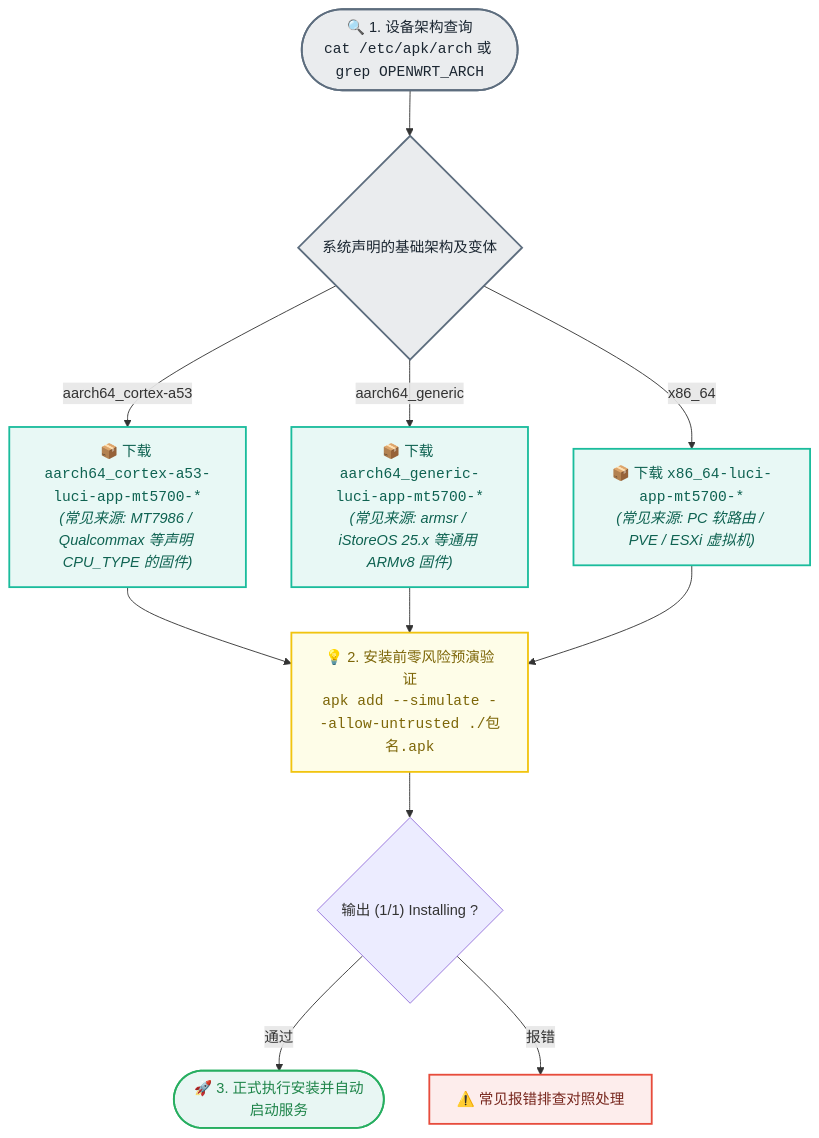
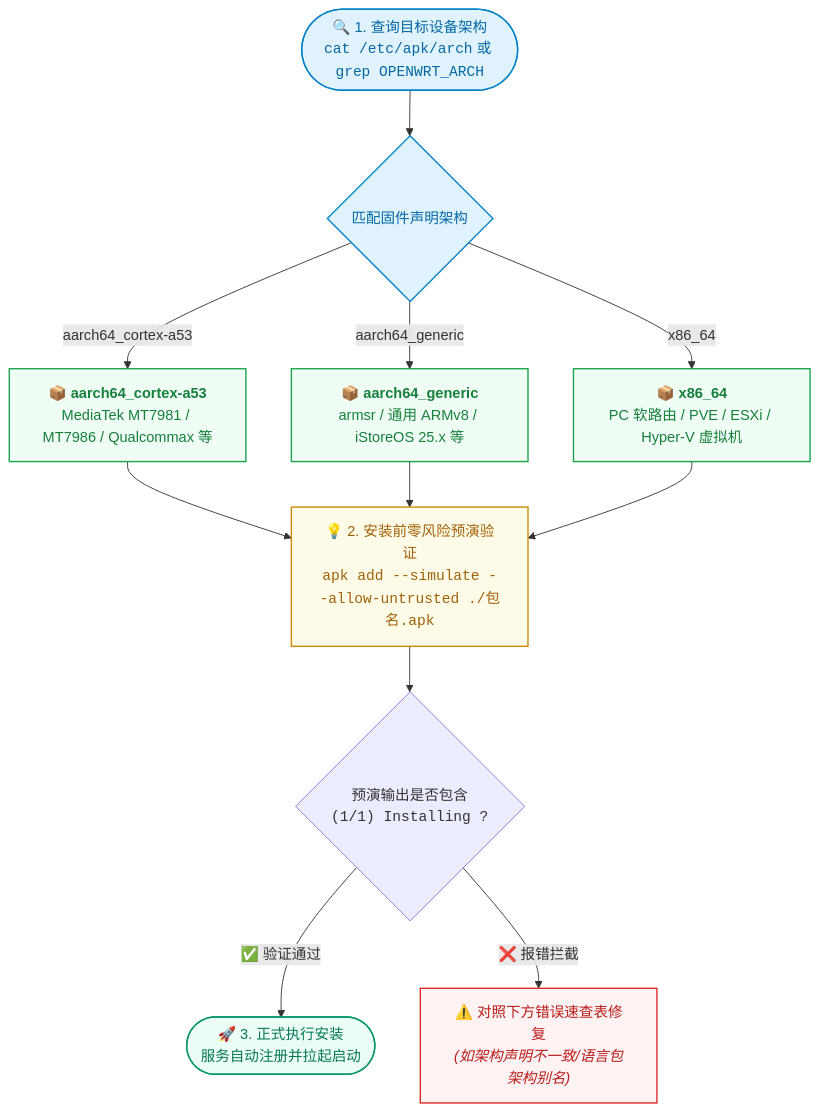
One commit to LianXia233/luci-app-mt5700 changed the first of 3 diagrams in README.md. Above: the diagram before and after it, drawn with Mermaid. The commit also changed other lines of this file, not shown here.

Commit message:
docs: 根据真实架构重绘系统拓扑图与全链路时序流程图

````diff
--- a/README.md
+++ b/README.md
@@ -163,28 +163,28 @@
 ```mermaid
 flowchart TD
-    Start(["🔍 1. 设备架构查询<br/><code>cat /etc/apk/arch</code> 或 <code>grep OPENWRT_ARCH</code>"]) --> Check{"系统声明的基础架构及变体"}
+    Start(["🔍 1. 查询目标设备架构<br/><code>cat /etc/apk/arch</code> 或 <code>grep OPENWRT_ARCH</code>"]) --> Check{"匹配固件声明架构"}
 
-    Check -->|"aarch64_cortex-a53"| A53["📦 下载 <code>aarch64_cortex-a53-luci-app-mt5700-*</code><br/><i>(常见来源: MT7986 / Qualcommax 等声明 CPU_TYPE 的固件)</i>"]
-    Check -->|"aarch64_generic"| Generic["📦 下载 <code>aarch64_generic-luci-app-mt5700-*</code><br/><i>(常见来源: armsr / iStoreOS 25.x 等通用 ARMv8 固件)</i>"]
-    Check -->|"x86_64"| X86["📦 下载 <code>x86_64-luci-app-mt5700-*</code><br/><i>(常见来源: PC 软路由 / PVE / ESXi 虚拟机)</i>"]
+    Check -->|"aarch64_cortex-a53"| A53["📦 <b>aarch64_cortex-a53</b><br/>MediaTek MT7981 / MT7986 / Qualcommax 等"]
+    Check -->|"aarch64_generic"| Generic["📦 <b>aarch64_generic</b><br/>armsr / 通用 ARMv8 / iStoreOS 25.x 等"]
+    Check -->|"x86_64"| X86["📦 <b>x86_64</b><br/>PC 软路由 / PVE / ESXi / Hyper-V 虚拟机"]
 
     A53 --> PreCheck["💡 2. 安装前零风险预演验证<br/><code>apk add --simulate --allow-untrusted ./包名.apk</code>"]
     Generic --> PreCheck
     X86 --> PreCheck
 
-    PreCheck --> Pass{"输出 (1/1) Installing ?"}
-    Pass -->|通过| Install(["🚀 3. 正式执行安装并自动启动服务"])
-    Pass -->|报错| ErrorFix["⚠️ 常见报错排查对照处理"]
+    PreCheck --> Pass{"预演输出是否包含<br/><code>(1/1) Installing ?</code>"}
+    Pass -->|"✅ 验证通过"| Install(["🚀 3. 正式执行安装<br/>服务自动注册并拉起启动"])
+    Pass -->|"❌ 报错拦截"| ErrorFix["⚠️ 对照下方错误速查表修复<br/><i>(如架构声明不一致/语言包架构别名)</i>"]
 
-    classDef check fill:#EAECEE,stroke:#5D6D7E,stroke-width:2px,color:#1B2631;
-    classDef pack fill:#E8F8F5,stroke:#1ABC9C,stroke-width:2px,color:#0E6251;
-    classDef pre fill:#FEFDE8,stroke:#F1C40F,stroke-width:2px,color:#7D6608;
-    classDef ok fill:#E8F6F3,stroke:#27AE60,stroke-width:2px,color:#1E8449;
-    classDef err fill:#FDEDEC,stroke:#E74C3C,stroke-width:2px,color:#78281F;
+    classDef check fill:#e0f2fe,stroke:#0284c7,stroke-width:1.5px,color:#0369a1;
+    classDef pack fill:#f0fdf4,stroke:#16a34a,stroke-width:1.5px,color:#15803d;
+    classDef pre fill:#fefce8,stroke:#ca8a04,stroke-width:1.5px,color:#a16207;
+    classDef ok fill:#ecfdf5,stroke:#059669,stroke-width:1.5px,color:#047857;
+    classDef err fill:#fef2f2,stroke:#dc2626,stroke-width:1.5px,color:#b91c1c;
 
     class Start,Check check;
     class A53,Generic,X86 pack;
     class PreCheck pre;
     class Install ok;
     class ErrorFix err;
 ```
````
